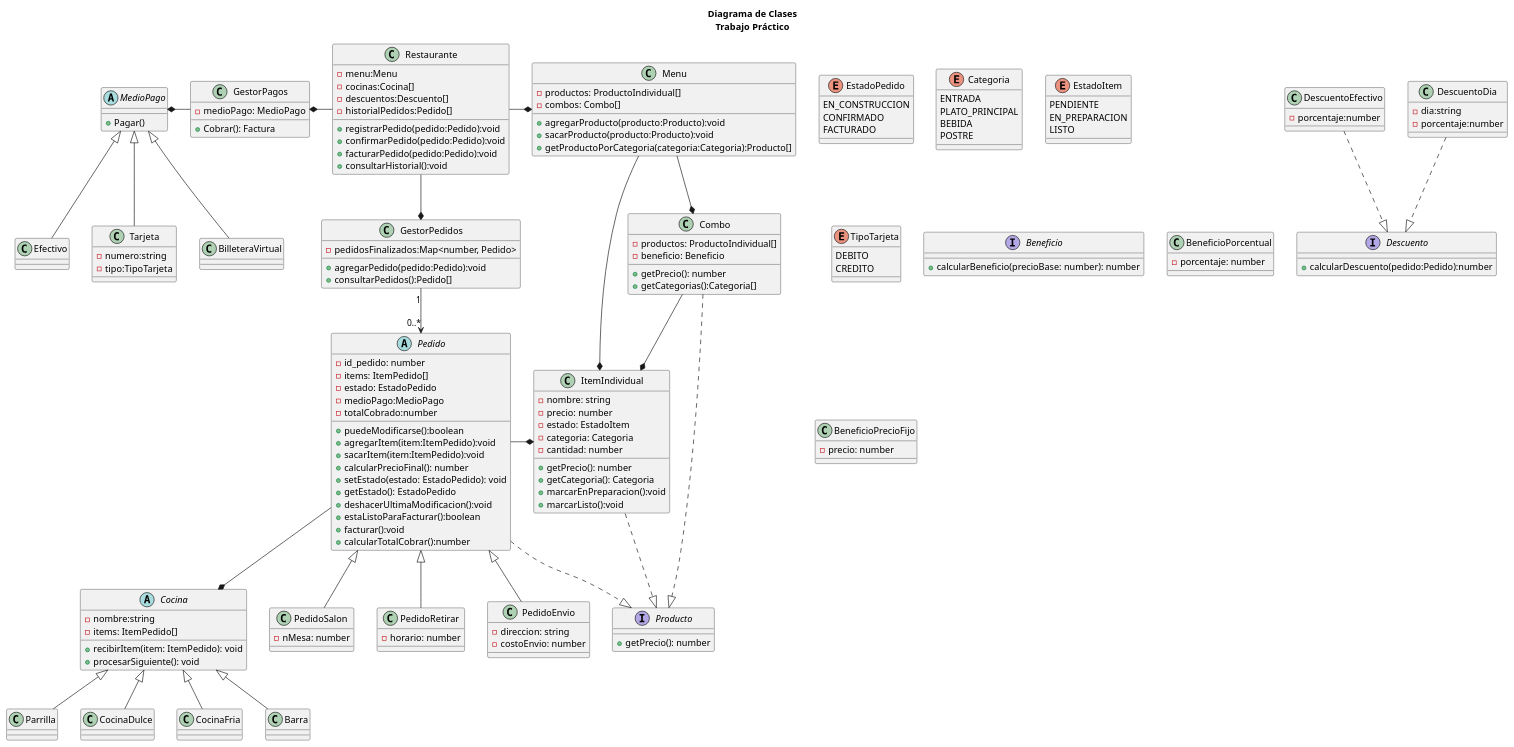
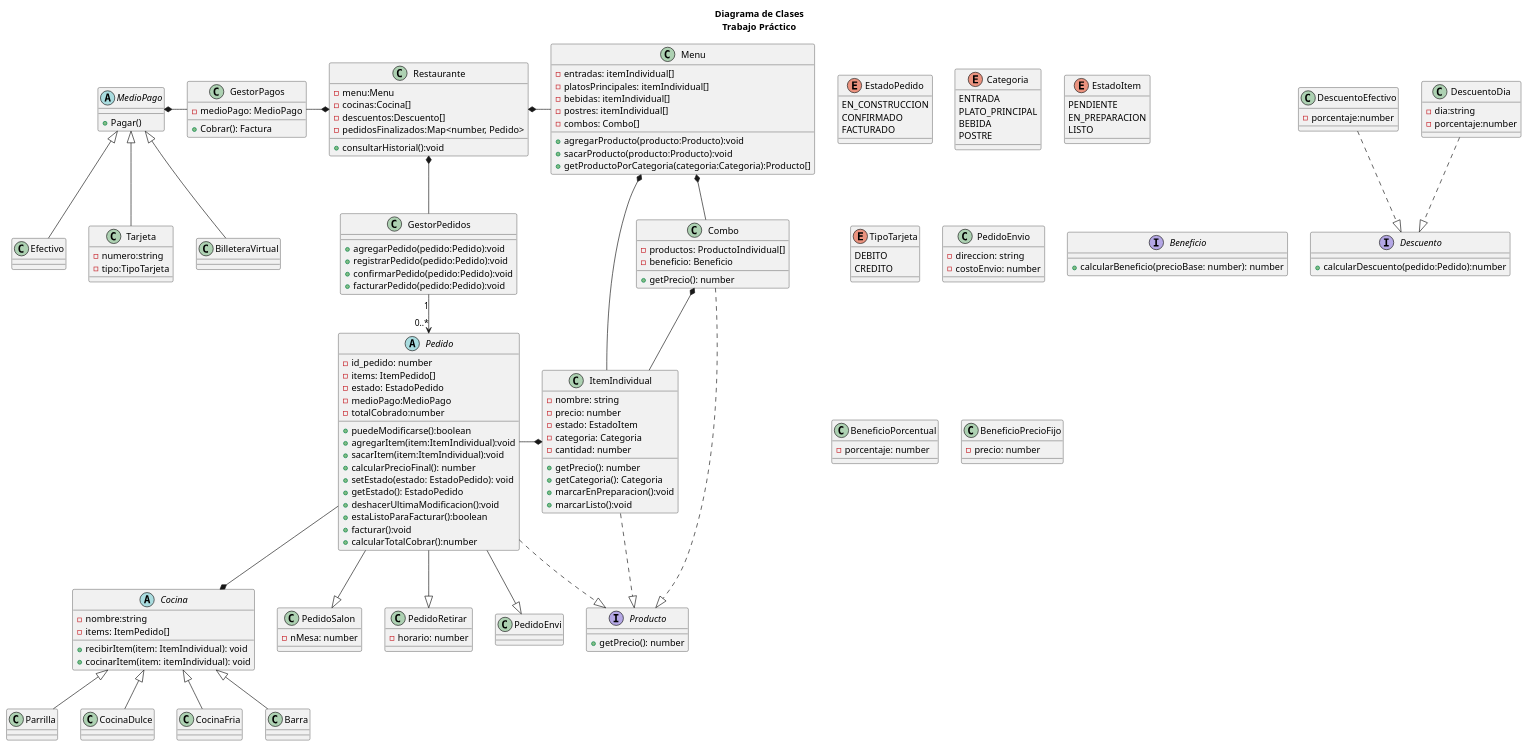
Before and after one commit to crstian8819/tp-grupo-11: the diagram in diagrama/diagrama.puml, drawn with PlantUML.

Commit message:
arreglo nombres y los dibujos de composicion

```diff
--- a/diagrama/diagrama.puml
+++ b/diagrama/diagrama.puml
@@ -28,18 +28,15 @@
         -menu:Menu
         -cocinas:Cocina[]
         -descuentos:Descuento[]
-        -historialPedidos:Pedido[]
+        -pedidosFinalizados:Map<number, Pedido>
 
-        +registrarPedido(pedido:Pedido):void
-        +confirmarPedido(pedido:Pedido):void
-        +facturarPedido(pedido:Pedido):void
         +consultarHistorial():void
     }
-    Restaurante -r-* Menu
+    Restaurante *-r- Menu
     'Restaurante --* Cocina
     'Restaurante o-- Pedido
-    Restaurante -d-* GestorPedidos
-    Restaurante --l-* GestorPagos
+    Restaurante *-d- GestorPedidos
+    Restaurante *--l- GestorPagos
     'Restaurante ..|> Descuento
 
    
@@ -54,8 +51,8 @@
         -totalCobrado:number        
 
         +puedeModificarse():boolean
-        +agregarItem(item:ItemPedido):void
-        +sacarItem(item:ItemPedido):void
+        +agregarItem(item:ItemIndividual):void
+        +sacarItem(item:ItemIndividual):void
         +calcularPrecioFinal(): number
         +setEstado(estado: EstadoPedido): void
         +getEstado(): EstadoPedido
@@ -79,9 +76,9 @@
         -costoEnvio: number
     }
 
-    PedidoSalon -u-|> Pedido
-    PedidoRetirar -u-|> Pedido
-    PedidoEnvio -u-|> Pedido
+    Pedido -d-|> PedidoSalon
+    Pedido -d-|> PedidoRetirar
+    Pedido -d-|> PedidoEnvi
 
     Pedido -r-* ItemIndividual
     Pedido --* Cocina
@@ -90,7 +87,10 @@
     '------------ MENU / PRODUCTOS -------------
 
     class Menu {
-        -productos: ProductoIndividual[]
+        -entradas: itemIndividual[]
+        -platosPrincipales: itemIndividual[]
+        -bebidas: itemIndividual[]
+        -postres: itemIndividual[]
         -combos: Combo[]
 
         +agregarProducto(producto:Producto):void
@@ -121,13 +121,12 @@
         -beneficio: Beneficio
 
         +getPrecio(): number
-        +getCategorias():Categoria[]
     }
 
     ItemIndividual ..|> Producto
-    Menu --* ItemIndividual
-    Menu --* Combo
-    Combo --* ItemIndividual
+    Menu *-- ItemIndividual
+    Menu *-- Combo
+    Combo *-- ItemIndividual
     Combo ..|> Producto
 
     '------------------ BENEFICIOS -----------------
@@ -155,8 +154,8 @@
         -nombre:string
         -items: ItemPedido[]
 
-        +recibirItem(item: ItemPedido): void
-        +procesarSiguiente(): void
+        +recibirItem(item: ItemIndividual): void
+        +cocinarItem(item: itemIndividual): void
     }
 
     class Parrilla{}
@@ -211,11 +210,12 @@
     DescuentoEfectivo ..|> Descuento
     DescuentoDia ..|> Descuento
 
-    '-------------------- Historial------------------------
+    '-------------------- Gestor de Pedidos ------------------------
     class GestorPedidos{
-        -pedidosFinalizados:Map<number, Pedido>
         +agregarPedido(pedido:Pedido):void
-        +consultarPedidos():Pedido[]
+        +registrarPedido(pedido:Pedido):void
+        +confirmarPedido(pedido:Pedido):void
+        +facturarPedido(pedido:Pedido):void
     }
     'HistorialPedido o-- Pedido
     GestorPedidos "1" -d-> "0..*" Pedido
```
